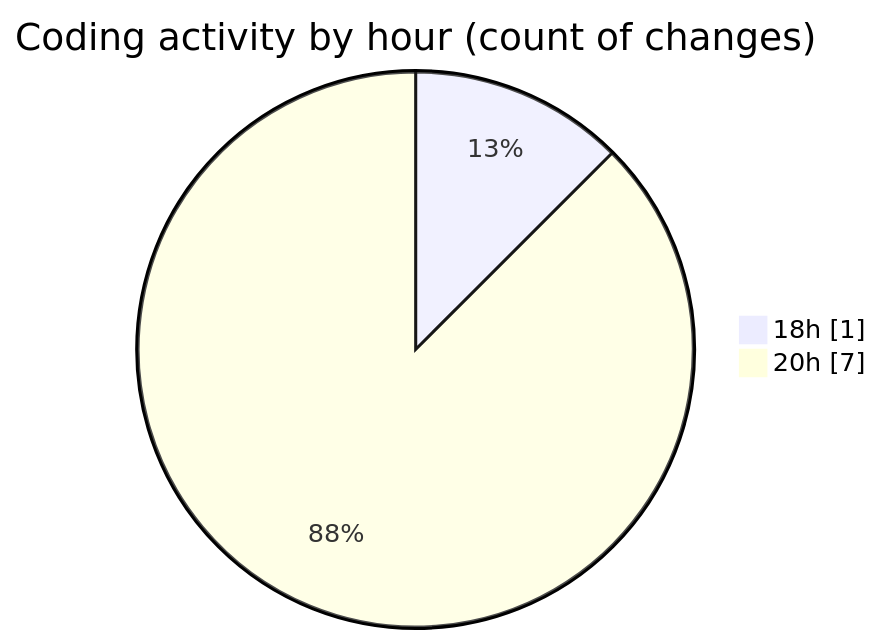
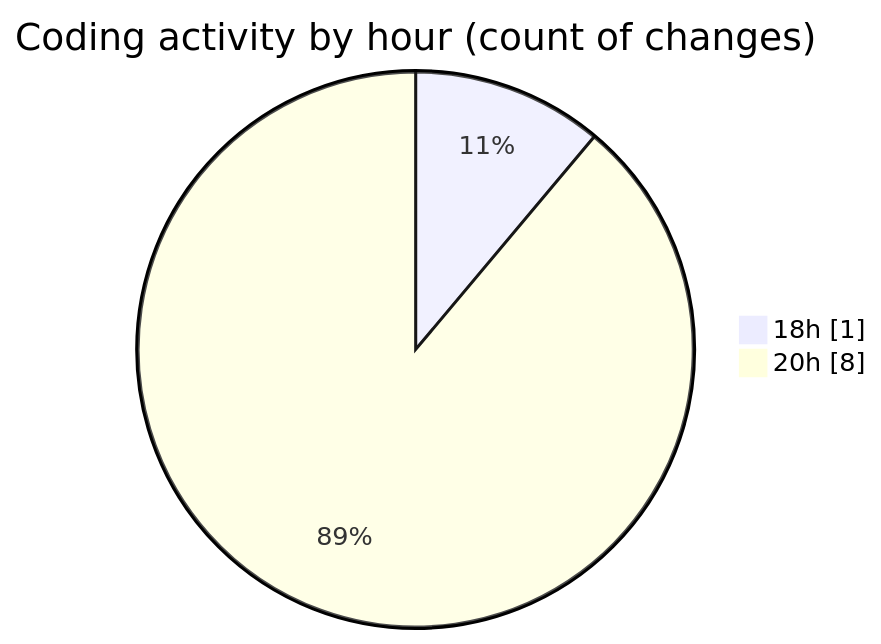
The second of 2 diagrams in 2025-10-08/untitled__workspace_/README.md (MatusMokan/code-tracking), drawn with Mermaid before and after one commit. The commit also changed other lines of this file and 1 other file, not shown here.

````diff
--- a/2025-10-08/untitled__workspace_/README.md
+++ b/2025-10-08/untitled__workspace_/README.md
@@ -30,6 +30,6 @@
 ```mermaid
 pie showData
 title Coding activity by hour (count of changes)
 "18h" : 1
-"20h" : 7
+"20h" : 8
 ```
````
